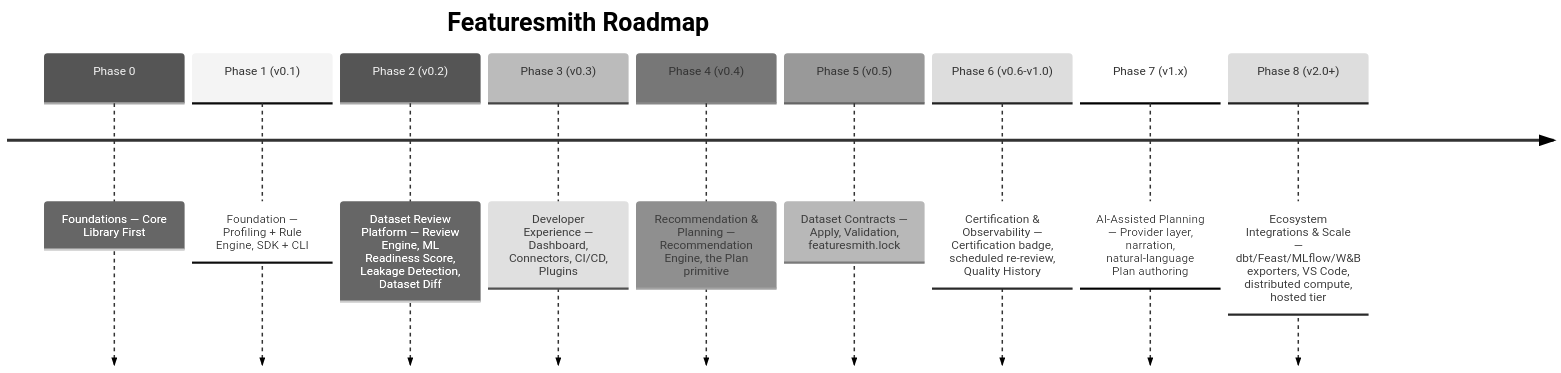
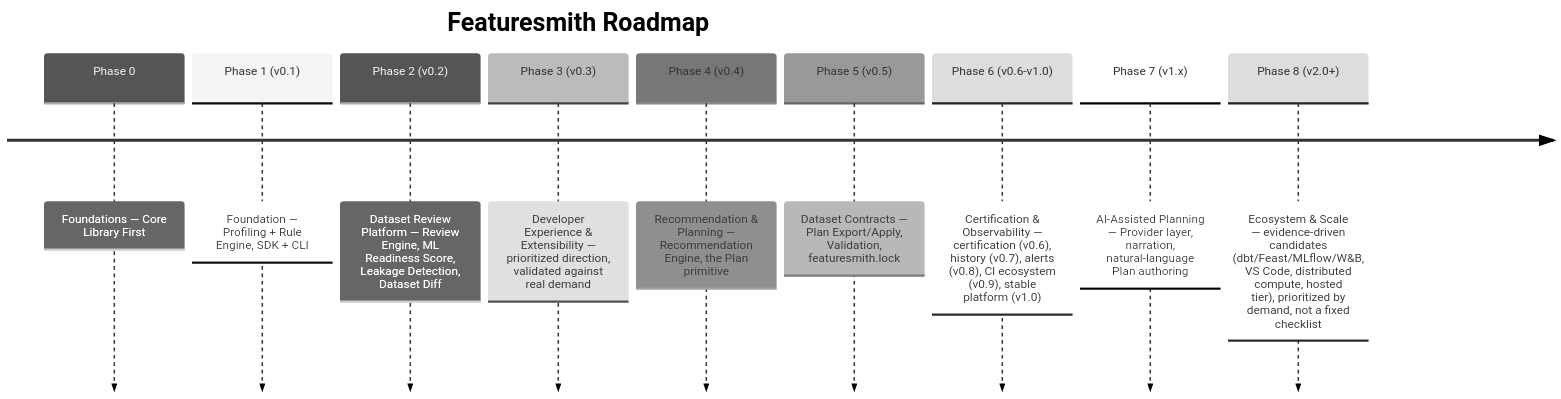
The diagram in docs/Phases.md (adityagangwani30/FeatureSmith), drawn with Mermaid (neutral theme) before and after one commit. The commit also changed other lines of this file and 15 other files, not shown here.

````diff
--- a/docs/Phases.md
+++ b/docs/Phases.md
@@ -3,13 +3,13 @@
 ```mermaid
 timeline
     title Featuresmith Roadmap
     Phase 0 : Foundations — Core Library First
     Phase 1 (v0.1) : Foundation — Profiling + Rule Engine, SDK + CLI
     Phase 2 (v0.2) : Dataset Review Platform — Review Engine, ML Readiness Score, Leakage Detection, Dataset Diff
-    Phase 3 (v0.3) : Developer Experience — Dashboard, Connectors, CI/CD, Plugins
+    Phase 3 (v0.3) : Developer Experience & Extensibility — prioritized direction, validated against real demand
     Phase 4 (v0.4) : Recommendation & Planning — Recommendation Engine, the Plan primitive
-    Phase 5 (v0.5) : Dataset Contracts — Apply, Validation, featuresmith.lock
-    Phase 6 (v0.6-v1.0) : Certification & Observability — Certification badge, scheduled re-review, Quality History
+    Phase 5 (v0.5) : Dataset Contracts — Plan Export/Apply, Validation, featuresmith.lock
+    Phase 6 (v0.6-v1.0) : Certification & Observability — certification (v0.6), history (v0.7), alerts (v0.8), CI ecosystem (v0.9), stable platform (v1.0)
     Phase 7 (v1.x) : AI-Assisted Planning — Provider layer, narration, natural-language Plan authoring
-    Phase 8 (v2.0+) : Ecosystem Integrations & Scale — dbt/Feast/MLflow/W&B exporters, VS Code, distributed compute, hosted tier
+    Phase 8 (v2.0+) : Ecosystem & Scale — evidence-driven candidates (dbt/Feast/MLflow/W&B, VS Code, distributed compute, hosted tier), prioritized by demand, not a fixed checklist
 ```
````
